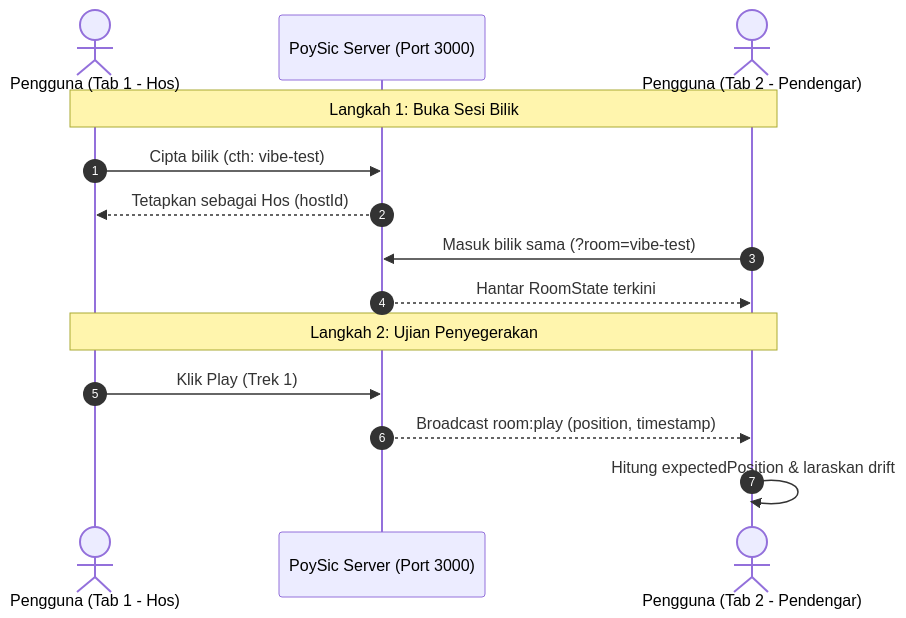
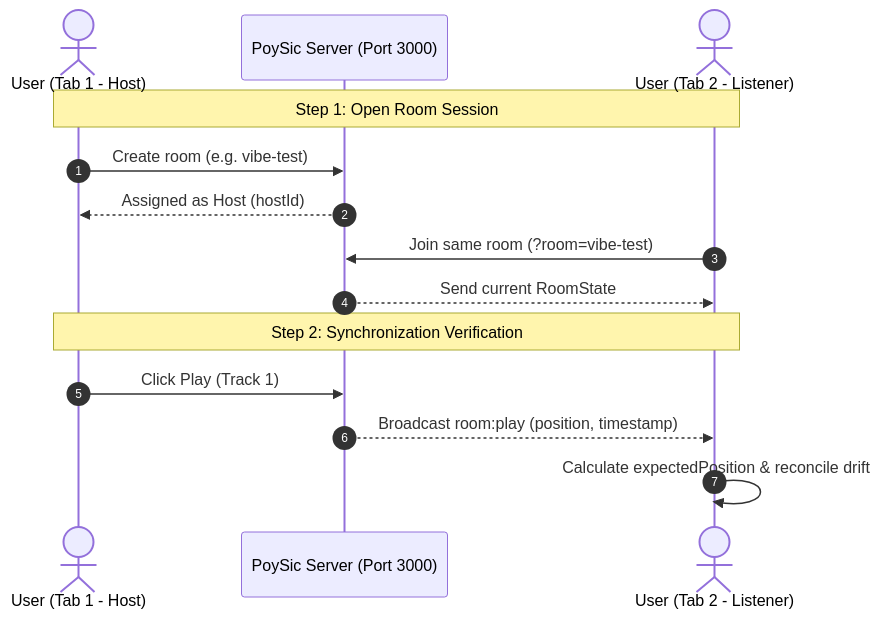
The diagram in docs/TESTING.md (ElvinGts/poysic), drawn with Mermaid before and after one commit. The commit also changed other lines of this file and 23 other files, not shown here.

````diff
--- a/docs/TESTING.md
+++ b/docs/TESTING.md
@@ -17,18 +17,18 @@
 ```mermaid
 sequenceDiagram
     autonumber
-    actor H as Pengguna (Tab 1 - Hos)
+    actor H as User (Tab 1 - Host)
     participant S as PoySic Server (Port 3000)
-    actor L as Pengguna (Tab 2 - Pendengar)
+    actor L as User (Tab 2 - Listener)
 
-    Note over H,L: Langkah 1: Buka Sesi Bilik
-    H->>S: Cipta bilik (cth: vibe-test)
-    S-->>H: Tetapkan sebagai Hos (hostId)
-    L->>S: Masuk bilik sama (?room=vibe-test)
-    S-->>L: Hantar RoomState terkini
+    Note over H,L: Step 1: Open Room Session
+    H->>S: Create room (e.g. vibe-test)
+    S-->>H: Assigned as Host (hostId)
+    L->>S: Join same room (?room=vibe-test)
+    S-->>L: Send current RoomState
 
-    Note over H,L: Langkah 2: Ujian Penyegerakan
-    H->>S: Klik Play (Trek 1)
+    Note over H,L: Step 2: Synchronization Verification
+    H->>S: Click Play (Track 1)
     S-->>L: Broadcast room:play (position, timestamp)
-    L->>L: Hitung expectedPosition & laraskan drift
+    L->>L: Calculate expectedPosition & reconcile drift
 ```
````
